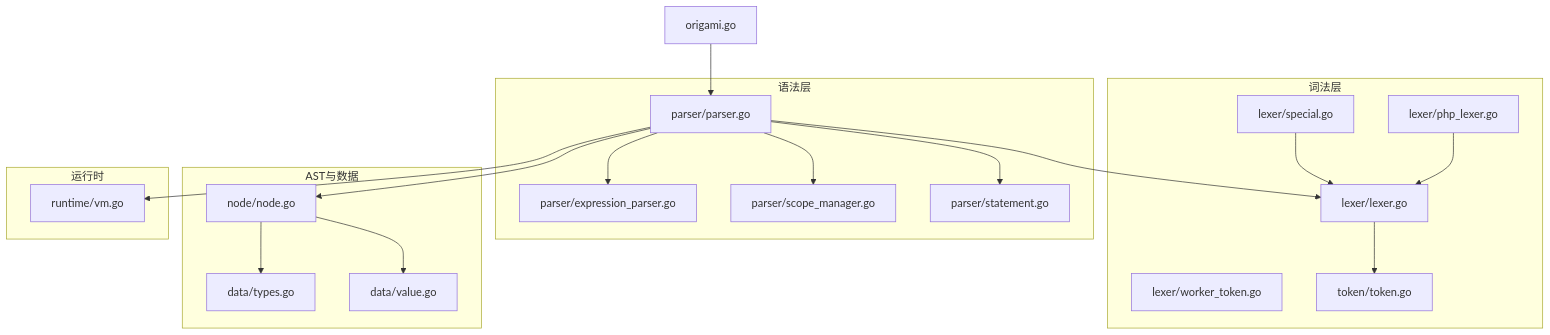
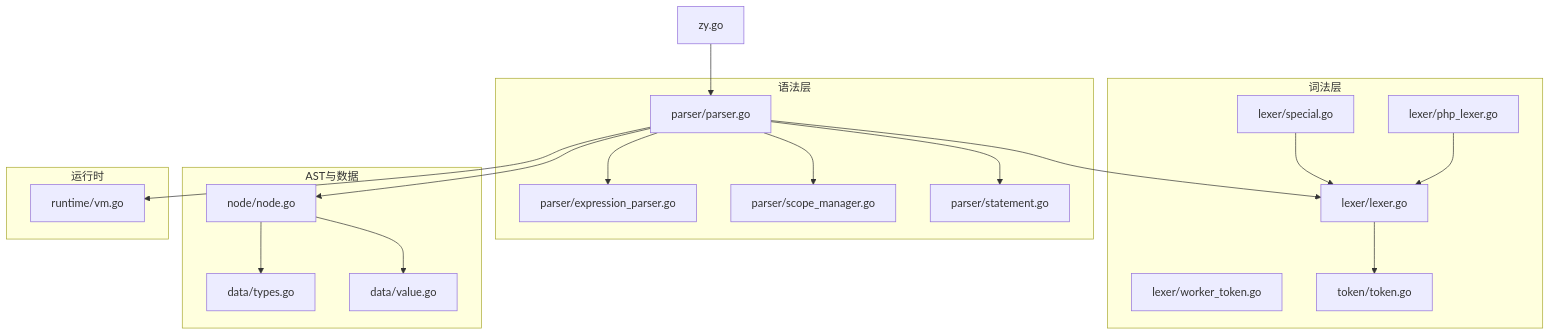
The first of 7 diagrams in .qoder/repowiki/zh/content/编译器系统/编译器系统.md (php-any/origami), drawn with Mermaid before and after one commit. The commit also changed other lines of this file and 21 other files, not shown here.

````diff
--- a/.qoder/repowiki/zh/content/编译器系统/编译器系统.md
+++ b/.qoder/repowiki/zh/content/编译器系统/编译器系统.md
@@ -50,37 +50,37 @@
 ```mermaid
 graph TB
 subgraph "词法层"
 LEX["lexer/lexer.go"]
 LPHP["lexer/php_lexer.go"]
 LSPEC["lexer/special.go"]
 LWORK["lexer/worker_token.go"]
 TDEF["token/token.go"]
 end
 subgraph "语法层"
 PARSER["parser/parser.go"]
 PEXPR["parser/expression_parser.go"]
 PSCOPE["parser/scope_manager.go"]
 PSTMT["parser/statement.go"]
 end
 subgraph "AST与数据"
 NODE["node/node.go"]
 DTYPES["data/types.go"]
 DVAL["data/value.go"]
 end
 subgraph "运行时"
 VM["runtime/vm.go"]
 end
-ENTRY["origami.go"]
+ENTRY["zy.go"]
 ENTRY --> PARSER
 PARSER --> LEX
 LEX --> TDEF
 LPHP --> LEX
 LSPEC --> LEX
 PARSER --> PEXPR
 PARSER --> PSCOPE
 PARSER --> PSTMT
 PARSER --> NODE
 NODE --> DTYPES
 NODE --> DVAL
 PARSER --> VM
 ```
````
